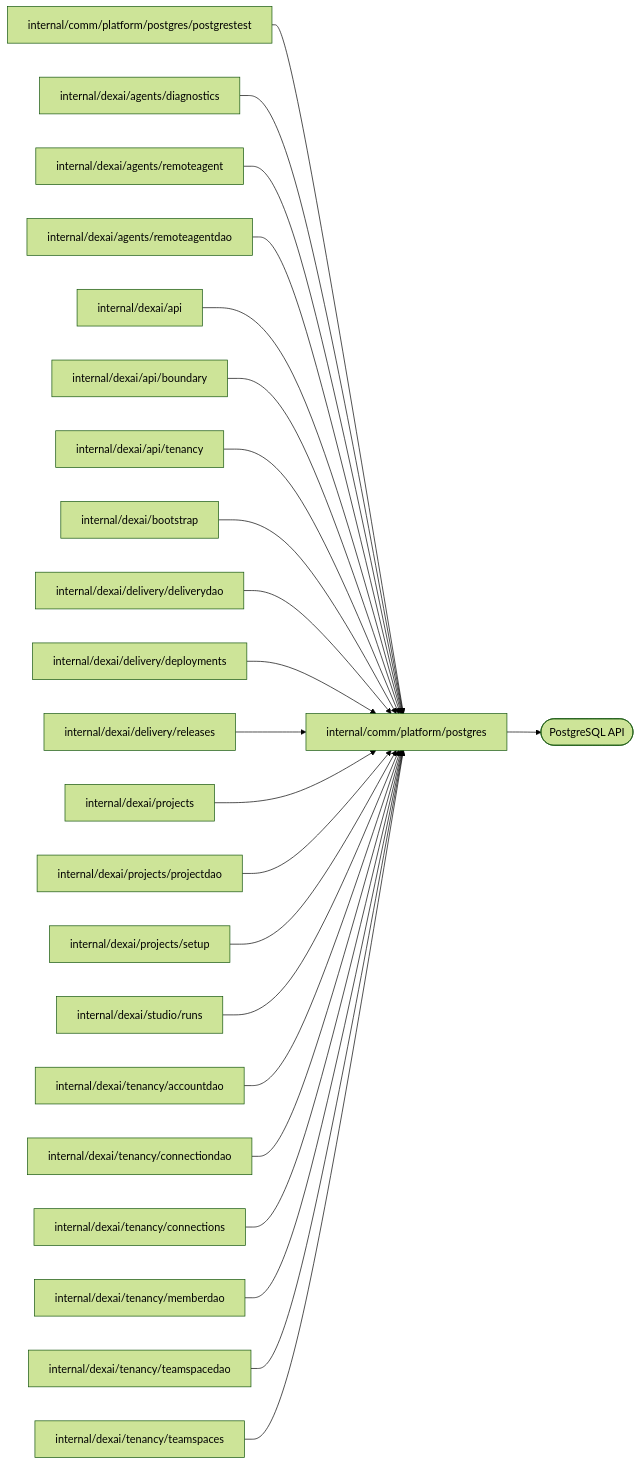
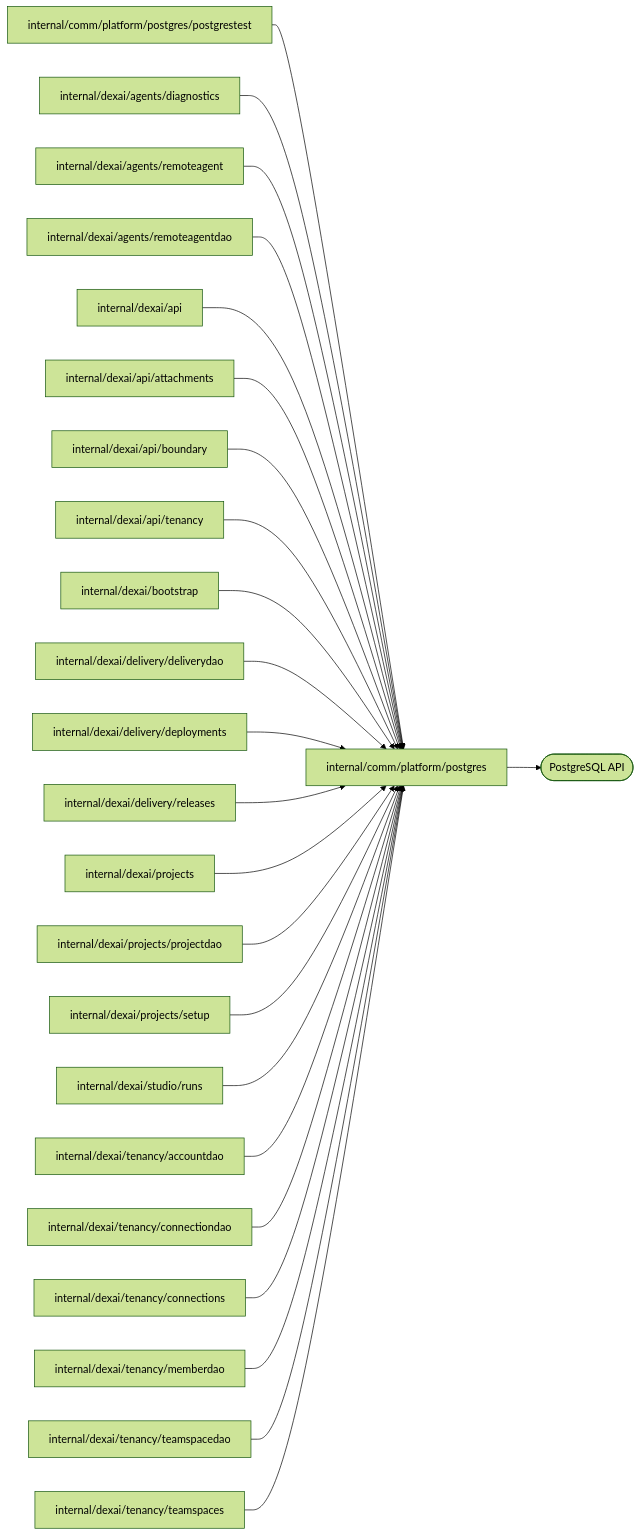
Before and after one commit to superdurable/superverse: the diagram in internal/comm/platform/postgres/README.md, drawn with Mermaid (forest theme). The commit also changed other lines of this file and 259 other files, not shown here.

````diff
--- a/internal/comm/platform/postgres/README.md
+++ b/internal/comm/platform/postgres/README.md
@@ -10,26 +10,27 @@
 ```mermaid
 flowchart LR
   self["internal/comm/platform/postgres"]
   c0["internal/comm/platform/postgres/postgrestest"] --> self
   c1["internal/dexai/agents/diagnostics"] --> self
   c2["internal/dexai/agents/remoteagent"] --> self
   c3["internal/dexai/agents/remoteagentdao"] --> self
   c4["internal/dexai/api"] --> self
-  c5["internal/dexai/api/boundary"] --> self
-  c6["internal/dexai/api/tenancy"] --> self
-  c7["internal/dexai/bootstrap"] --> self
-  c8["internal/dexai/delivery/deliverydao"] --> self
-  c9["internal/dexai/delivery/deployments"] --> self
-  c10["internal/dexai/delivery/releases"] --> self
-  c11["internal/dexai/projects"] --> self
-  c12["internal/dexai/projects/projectdao"] --> self
-  c13["internal/dexai/projects/setup"] --> self
-  c14["internal/dexai/studio/runs"] --> self
-  c15["internal/dexai/tenancy/accountdao"] --> self
-  c16["internal/dexai/tenancy/connectiondao"] --> self
-  c17["internal/dexai/tenancy/connections"] --> self
-  c18["internal/dexai/tenancy/memberdao"] --> self
-  c19["internal/dexai/tenancy/teamspacedao"] --> self
-  c20["internal/dexai/tenancy/teamspaces"] --> self
+  c5["internal/dexai/api/attachments"] --> self
+  c6["internal/dexai/api/boundary"] --> self
+  c7["internal/dexai/api/tenancy"] --> self
+  c8["internal/dexai/bootstrap"] --> self
+  c9["internal/dexai/delivery/deliverydao"] --> self
+  c10["internal/dexai/delivery/deployments"] --> self
+  c11["internal/dexai/delivery/releases"] --> self
+  c12["internal/dexai/projects"] --> self
+  c13["internal/dexai/projects/projectdao"] --> self
+  c14["internal/dexai/projects/setup"] --> self
+  c15["internal/dexai/studio/runs"] --> self
+  c16["internal/dexai/tenancy/accountdao"] --> self
+  c17["internal/dexai/tenancy/connectiondao"] --> self
+  c18["internal/dexai/tenancy/connections"] --> self
+  c19["internal/dexai/tenancy/memberdao"] --> self
+  c20["internal/dexai/tenancy/teamspacedao"] --> self
+  c21["internal/dexai/tenancy/teamspaces"] --> self
   self --> e0(["PostgreSQL API"])
 ```
````
